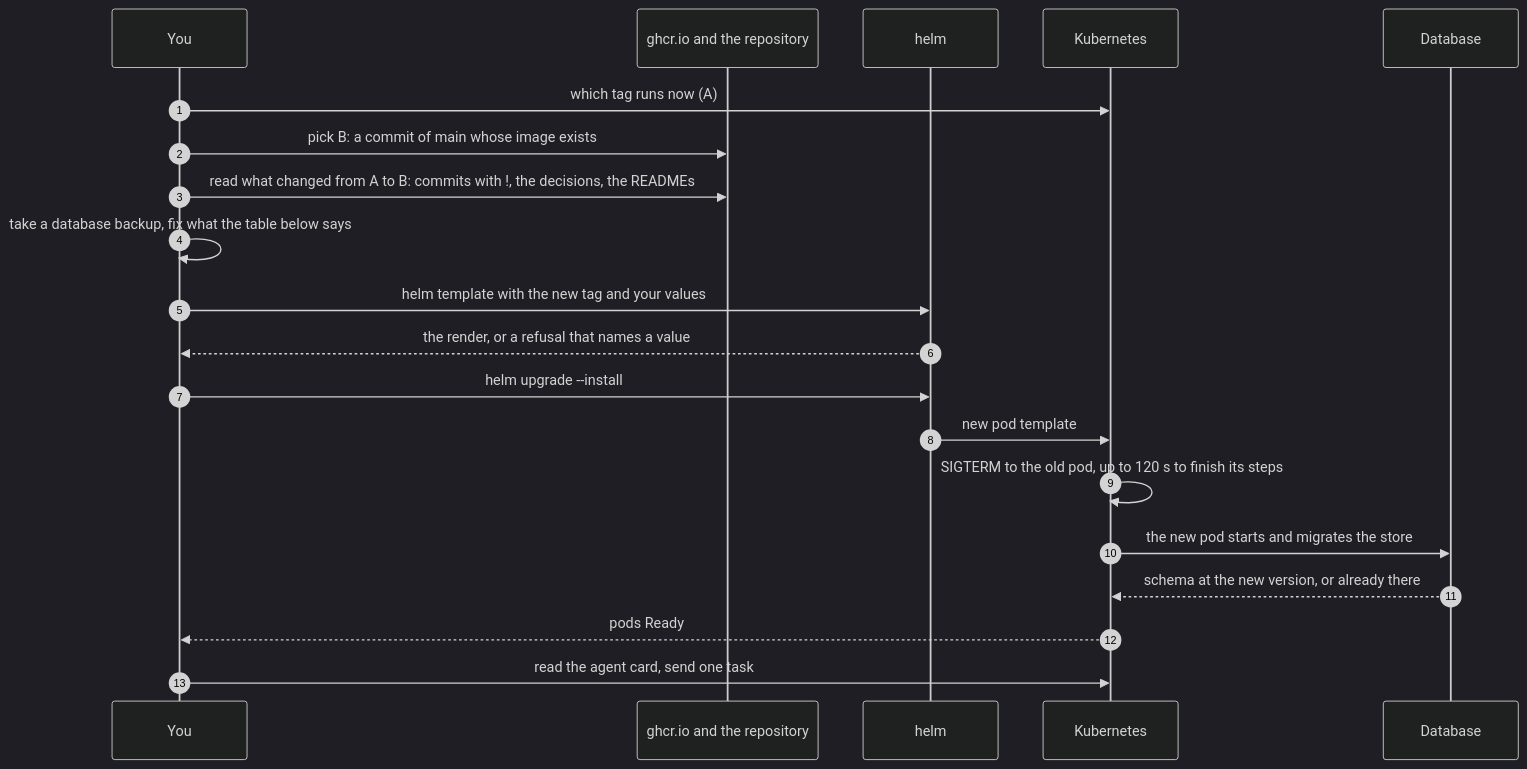
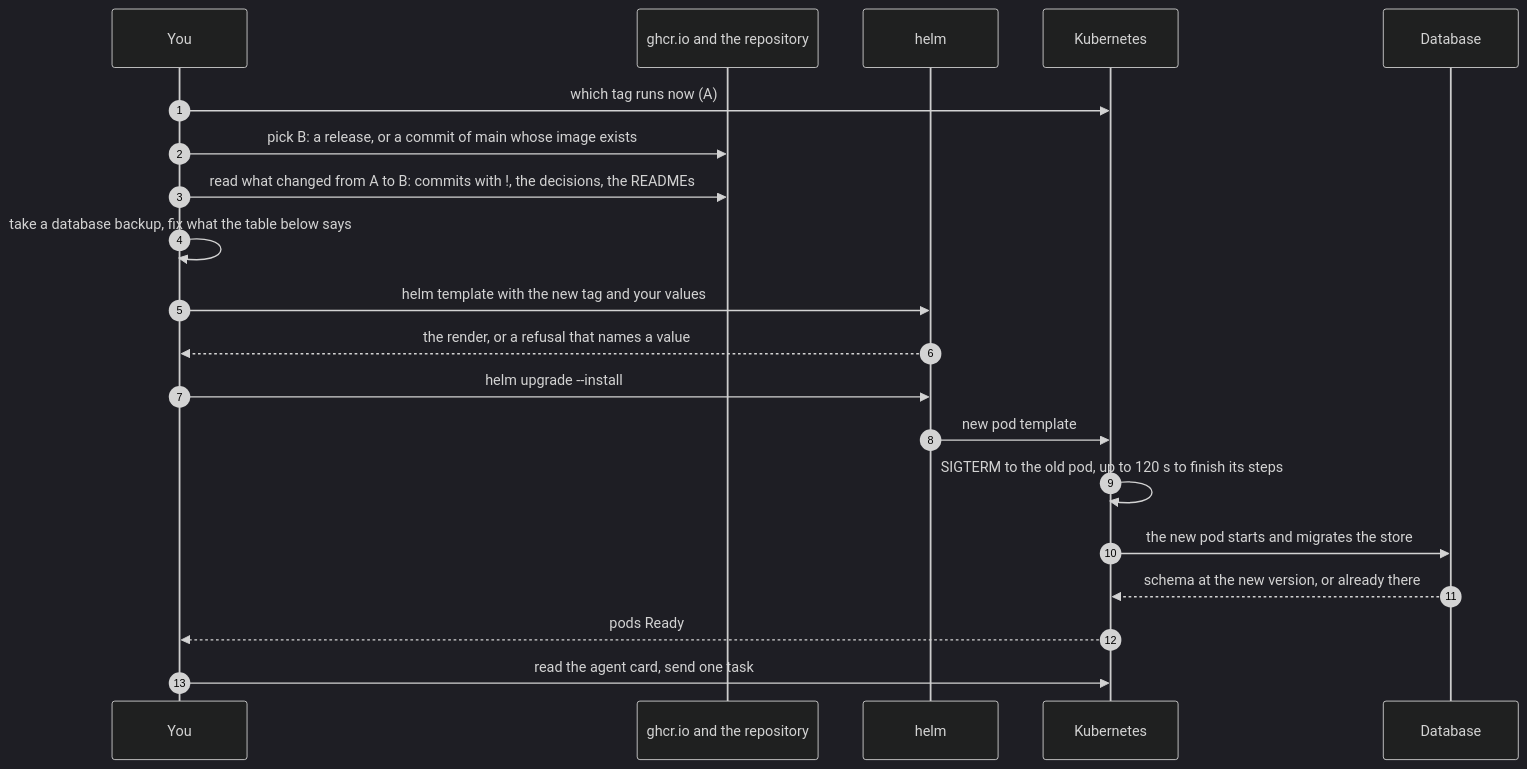
The first of 2 diagrams in docs/guides/upgrade-an-adam-deployment.md (vymalo/another-adam-rs), drawn with Mermaid (dark theme) before and after one commit. The commit also changed other lines of this file and 15 other files, not shown here.

````diff
--- a/docs/guides/upgrade-an-adam-deployment.md
+++ b/docs/guides/upgrade-an-adam-deployment.md
@@ -28,23 +31,23 @@
 ```mermaid
 sequenceDiagram
     autonumber
     participant P as You
     participant G as ghcr.io and the repository
     participant H as helm
     participant K as Kubernetes
     participant D as Database
 
     P->>K: which tag runs now (A)
-    P->>G: pick B: a commit of main whose image exists
+    P->>G: pick B: a release, or a commit of main whose image exists
     P->>G: read what changed from A to B: commits with !, the decisions, the READMEs
     P->>P: take a database backup, fix what the table below says
     P->>H: helm template with the new tag and your values
     H-->>P: the render, or a refusal that names a value
     P->>H: helm upgrade --install
     H->>K: new pod template
     K->>K: SIGTERM to the old pod, up to 120 s to finish its steps
     K->>D: the new pod starts and migrates the store
     D-->>K: schema at the new version, or already there
     K-->>P: pods Ready
     P->>K: read the agent card, send one task
 ```
````
